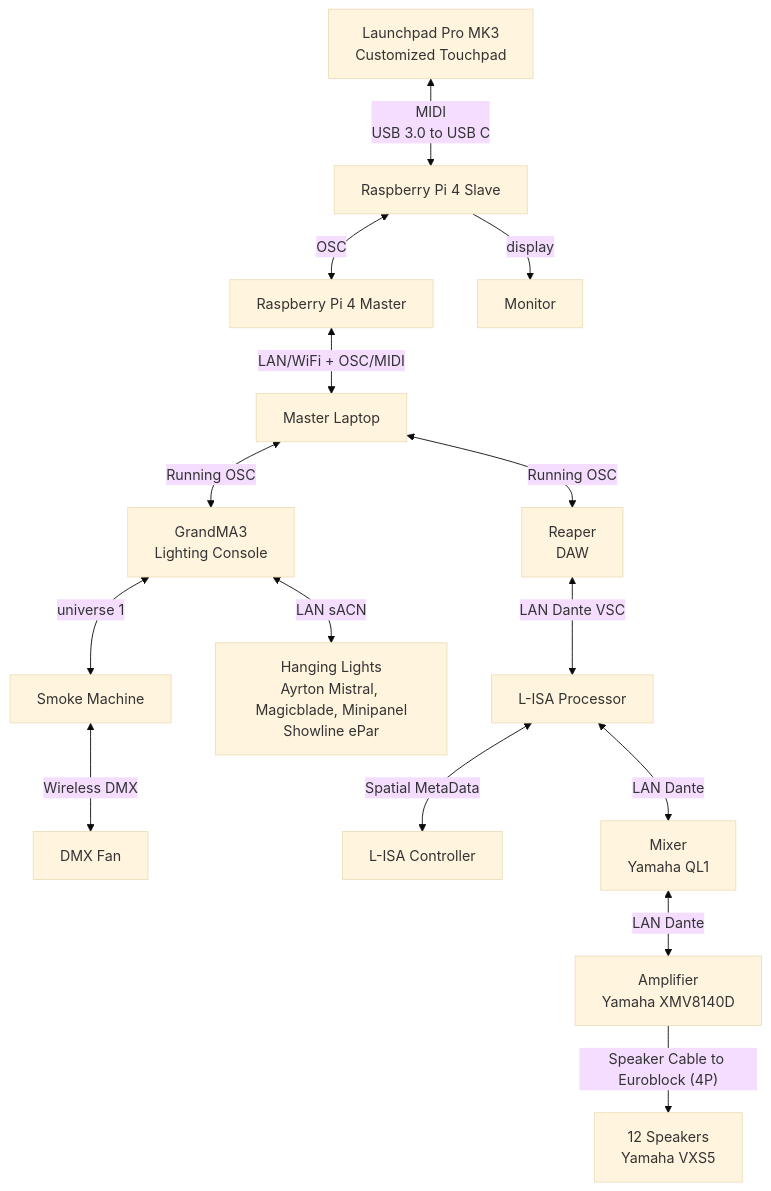
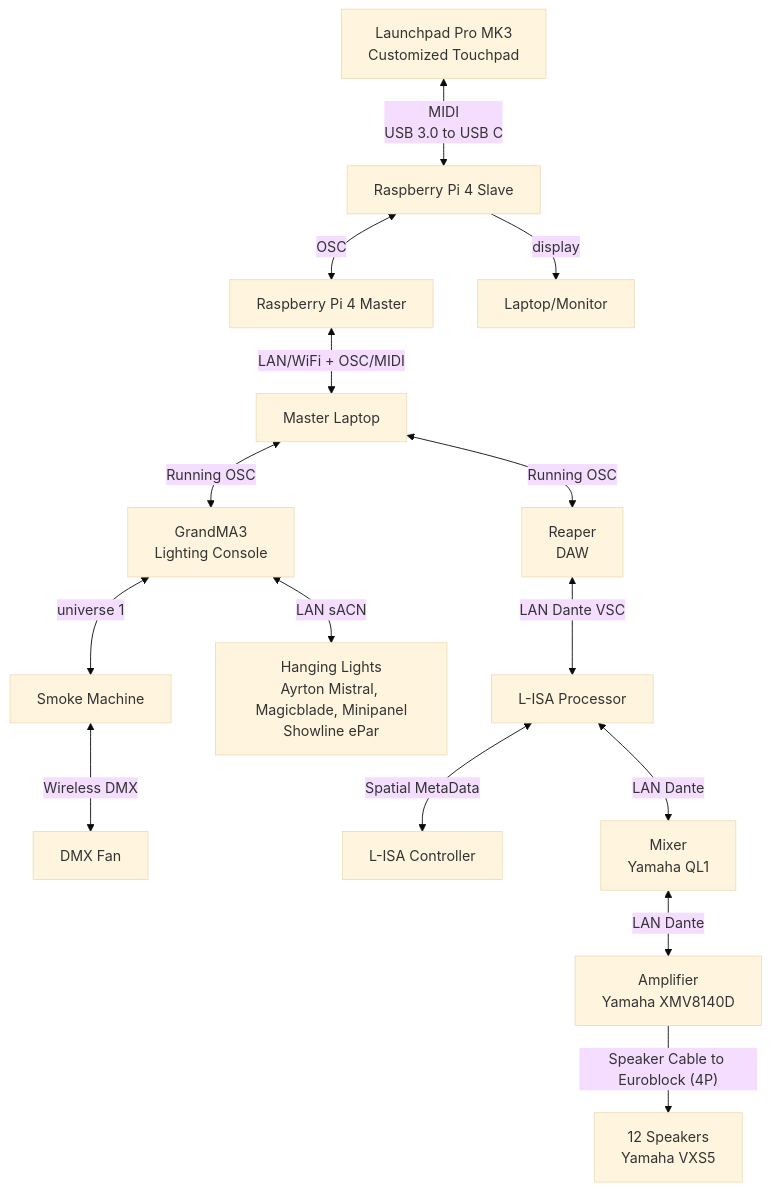
The diagram in Documentation/SystemDiagram.md (uselesskcid/EGL314-Project-S.O.N.I.C-Team-C-), drawn with Mermaid (base theme) before and after one commit.

````diff
--- a/Documentation/SystemDiagram.md
+++ b/Documentation/SystemDiagram.md
@@ -2,22 +2,22 @@
 ```mermaid
 graph TD
 A[Raspberry Pi 4 Master] <--LAN/WiFi + OSC/MIDI --> B[Master Laptop]
 
 B <--Running OSC--> C[Reaper DAW]
 B <--Running OSC--> D[GrandMA3<br>Lighting Console]
 
 C[Reaper<br>DAW] <--LAN Dante VSC --> F[L-ISA Processor]
 
 D <--LAN sACN--> E[Hanging Lights<br>Ayrton Mistral, Magicblade, Minipanel<br>Showline ePar]
 D <--universe 1--> M[Smoke Machine]
 M <--Wireless DMX--> N[DMX Fan]
 
 F <--Spatial MetaData--> G[L-ISA Controller]
 F <--LAN Dante--> H[Mixer<br>Yamaha QL1]
 H <--LAN Dante--> I[Amplifier<br>Yamaha XMV8140D]
 I --Speaker Cable to Euroblock (4P)--> J[12 Speakers<br>Yamaha VXS5]
 
 K[Launchpad Pro MK3<br>Customized Touchpad] <--MIDI<br>USB 3.0 to USB C--> L[Raspberry Pi 4 Slave]
-L --display--> O[Monitor]
+L --display--> O[Laptop/Monitor]
 L <--OSC--> A 
 ```
````
